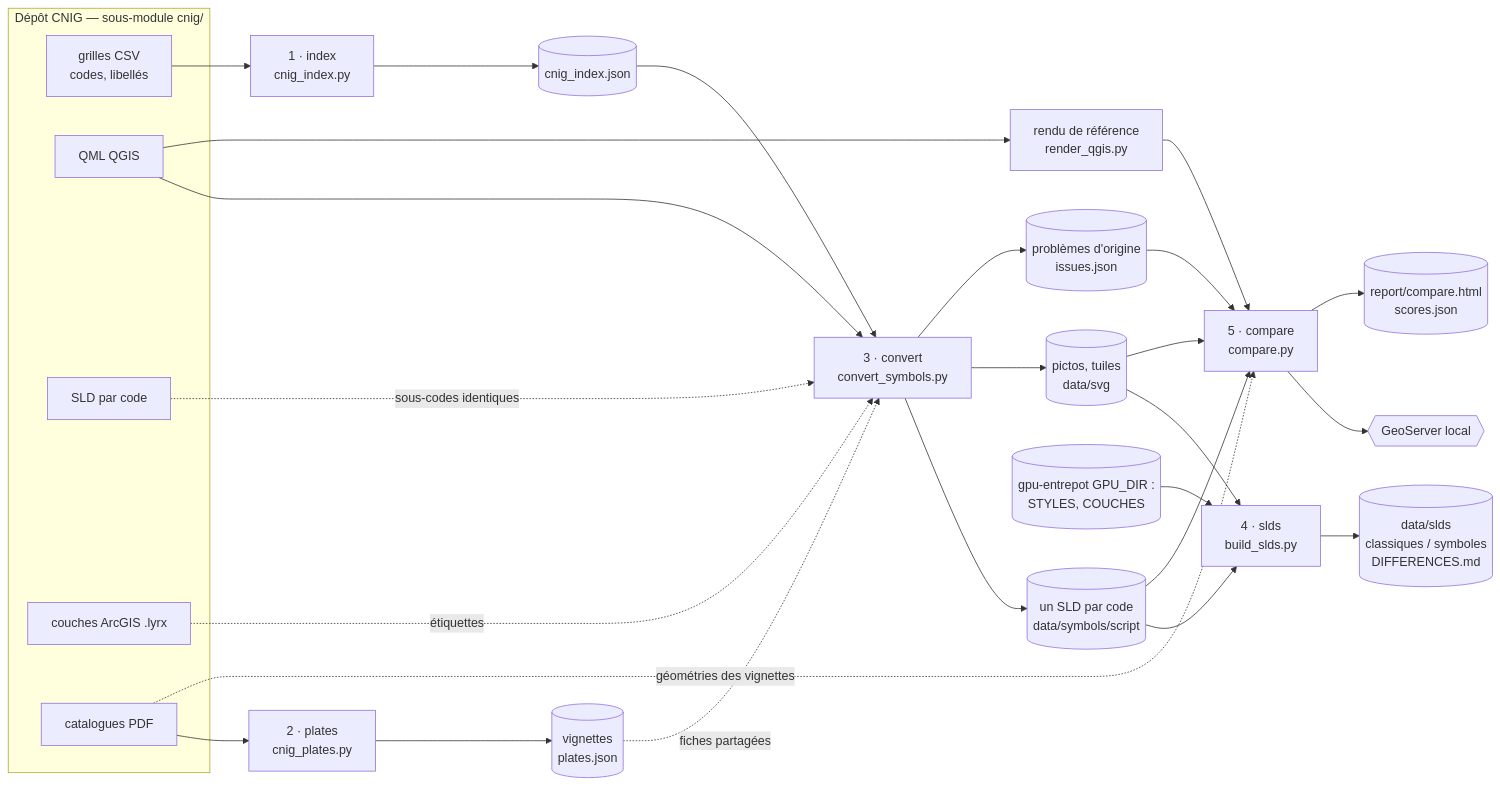
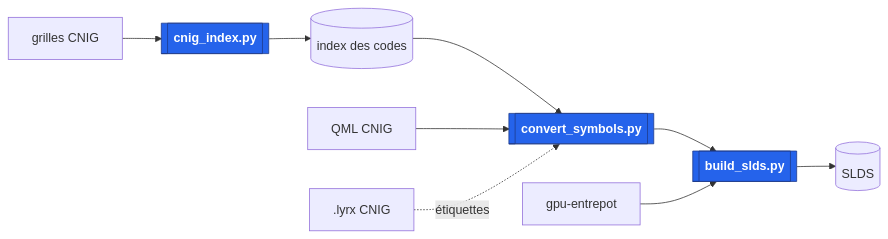
Before and after one commit to floriancerizay/sg5-to-gpu: the diagram in README.md, drawn with Mermaid. The commit also changed other lines of this file and 17 other files, not shown here.

````diff
--- a/README.md
+++ b/README.md
@@ -24,38 +11,13 @@
 ```mermaid
 flowchart LR
-  subgraph CNIG["Dépôt CNIG — sous-module cnig/"]
-    G[grilles CSV<br>codes, libellés]
-    Q[QML QGIS]
-    S[SLD par code]
-    L[couches ArcGIS .lyrx]
-    P[catalogues PDF]
-  end
+  G[grilles CNIG] --> I[[cnig_index.py]] --> IDX[(index des codes)]
+  IDX --> C[[convert_symbols.py]]
+  Q[QML CNIG] --> C
+  L[.lyrx CNIG] -. étiquettes .-> C
+  C --> B[[build_slds.py]]
+  P[gpu-entrepot] --> B
+  B --> OUT[(SLDS)]
 
-  G --> I["1 · index<br>cnig_index.py"]
-  I --> IDX[(cnig_index.json)]
-  P --> V["2 · plates<br>cnig_plates.py"]
-  V --> PL[(vignettes<br>plates.json)]
-
-  Q --> C["3 · convert<br>convert_symbols.py"]
-  IDX --> C
-  PL -. fiches partagées .-> C
-  S -. sous-codes identiques .-> C
-  L -. étiquettes .-> C
-  C --> SLD[(un SLD par code<br>data/symbols/script)]
-  C --> SVG[(pictos, tuiles<br>data/svg)]
-  C --> ISS[(problèmes d'origine<br>issues.json)]
-
-  SLD --> B["4 · slds<br>build_slds.py"]
-  SVG --> B
-  PROD[(gpu-entrepot GPU_DIR :<br>STYLES, COUCHES)] --> B
-  B --> OUT[(data/slds<br>classiques / symboles<br>DIFFERENCES.md)]
-
-  SLD --> R["5 · compare<br>compare.py"]
-  SVG --> R
-  Q --> QG["rendu de référence<br>render_qgis.py"]
-  QG --> R
-  P -. géométries des vignettes .-> R
-  ISS --> R
-  R --> GS{{GeoServer local}}
-  R --> H[(report/compare.html<br>scores.json)]
+  classDef script fill:#2563eb,stroke:#1e3a8a,color:#fff,font-weight:bold
+  class I,C,B script
 ```
````
